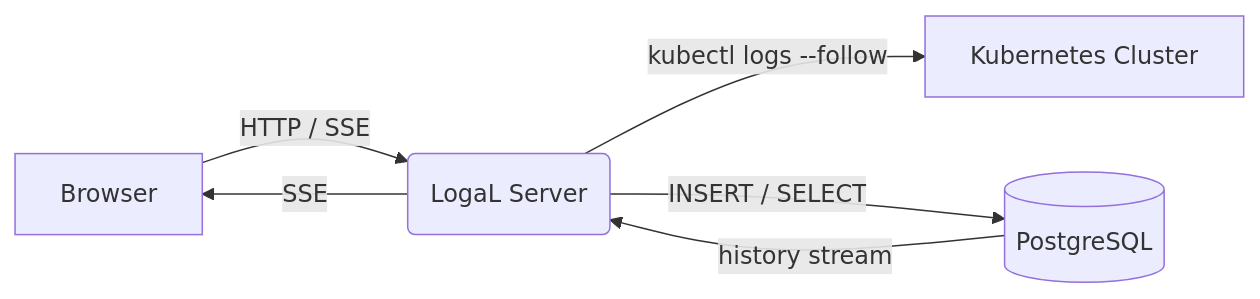
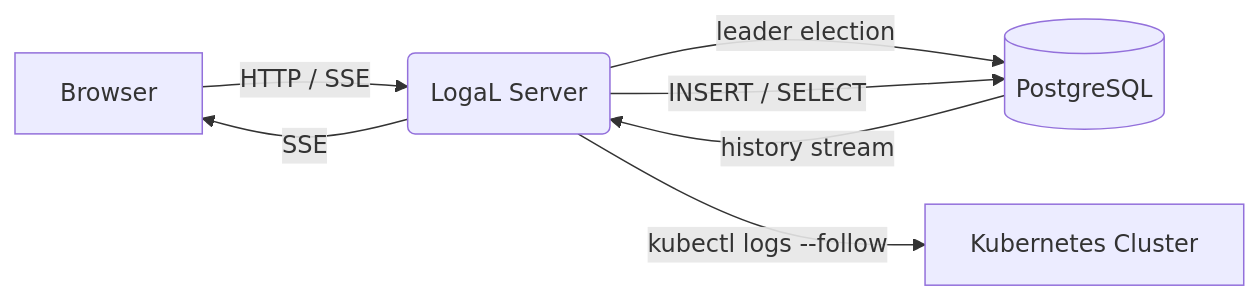
One commit to mtommyp14/LogaL changed the first of 10 diagrams in README.md. Above: the diagram before and after it, drawn with Mermaid. The commit also changed other lines of this file and 1 other file, not shown here.

Commit message:
docs: update README and deployment for new auto-collect architecture

````diff
--- a/README.md
+++ b/README.md
@@ -66,8 +72,9 @@
 ```mermaid
 graph LR
     A[Browser] -->|HTTP / SSE| B(LogaL Server)
+    B -->|leader election| D[(PostgreSQL)]
     B -->|kubectl logs --follow| C[Kubernetes Cluster]
-    B -->|INSERT / SELECT| D[(PostgreSQL)]
+    B -->|INSERT / SELECT| D
     D -->|history stream| B
     B -->|SSE| A
 ```
````
